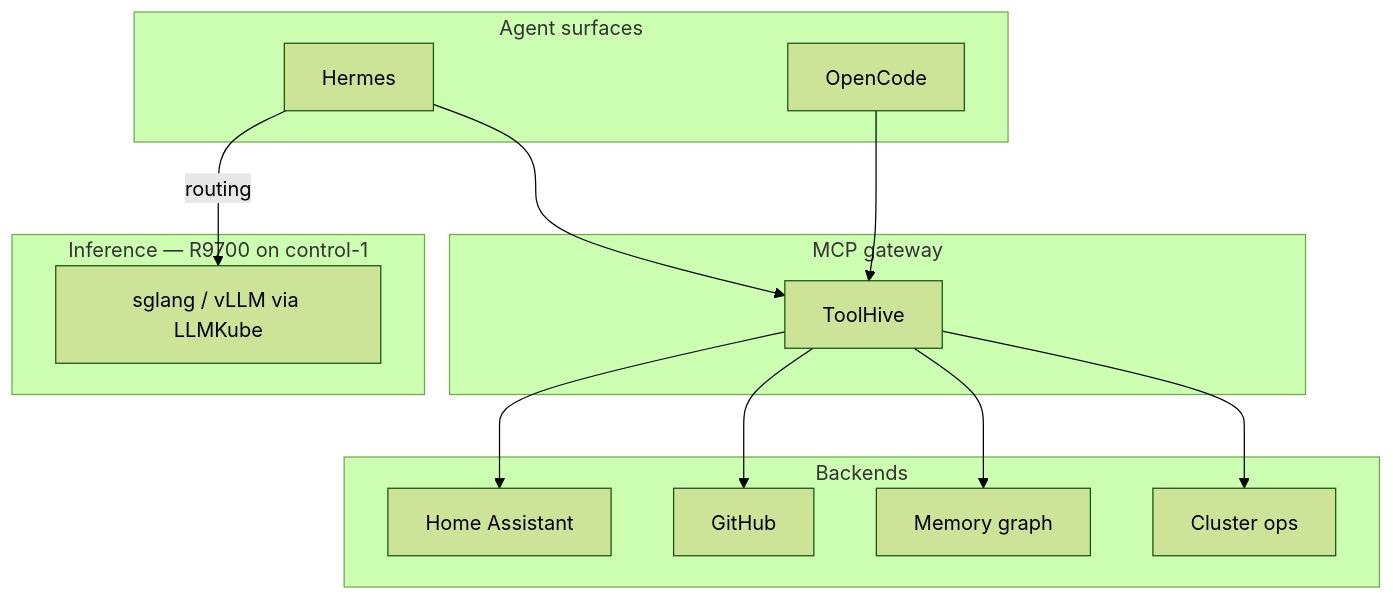
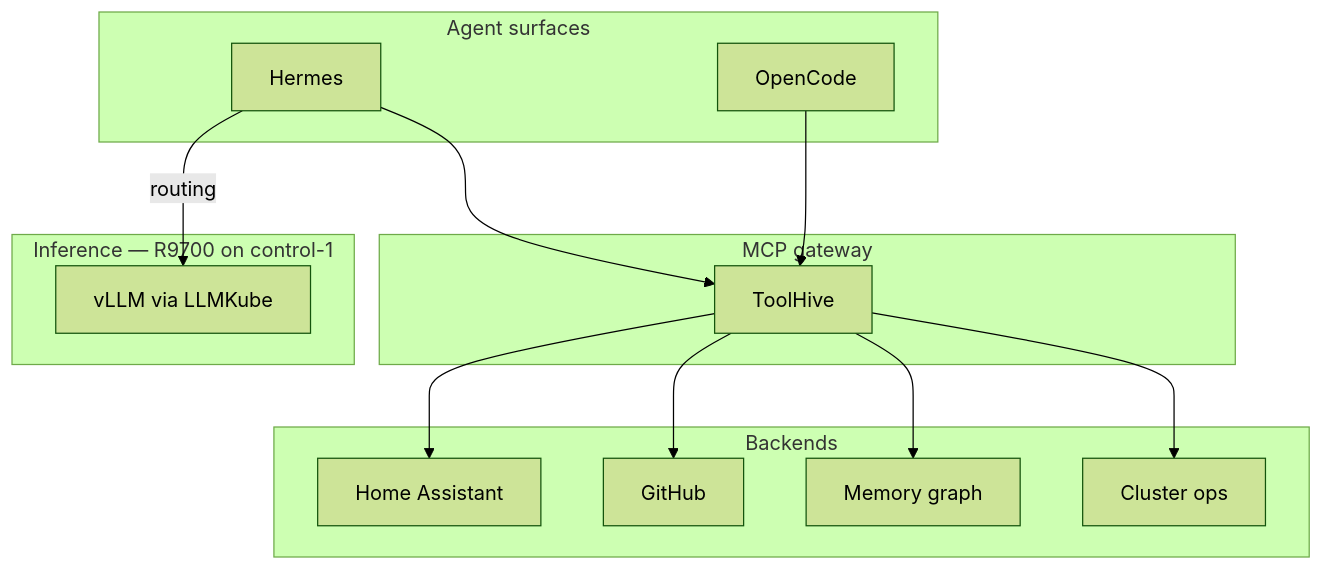
One commit to Tanguille/cluster changed the second of 2 diagrams in README.md. Above: the diagram before and after it, drawn with Mermaid (forest theme). The commit also changed other lines of this file and 20 other files, not shown here.

````diff
--- a/README.md
+++ b/README.md
@@ -185,30 +185,30 @@
 ```mermaid
 flowchart TB
     subgraph Surfaces[Agent surfaces]
         H[Hermes]
         OC[OpenCode]
     end
 
     subgraph Gateway[MCP gateway]
         TH[ToolHive]
     end
 
     subgraph Backends[Backends]
         HA[Home Assistant]
         GH[GitHub]
         MG[Memory graph]
         K8S[Cluster ops]
     end
 
     subgraph Inference[Inference — R9700 on control-1]
-        LLM[sglang / vLLM via LLMKube]
+        LLM[vLLM via LLMKube]
     end
 
     H --> TH
     OC --> TH
     TH --> HA
     TH --> GH
     TH --> MG
     TH --> K8S
     H -->|routing| LLM
 ```
````
